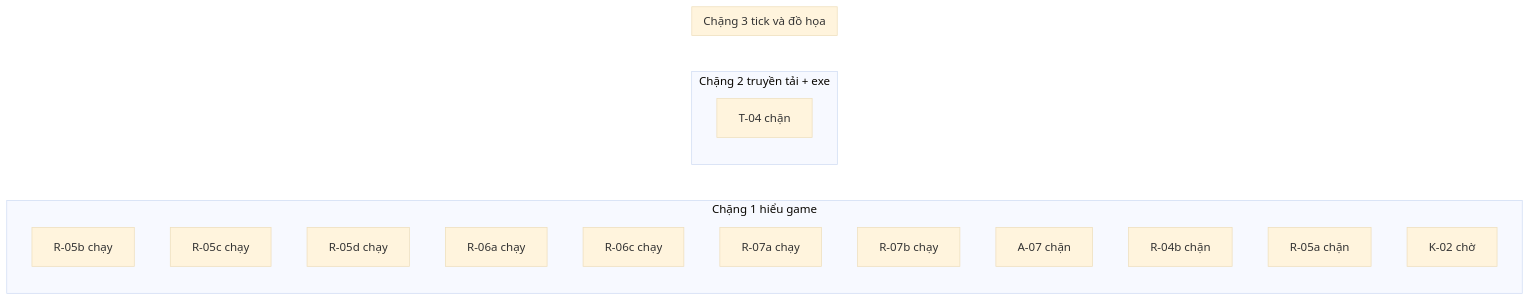
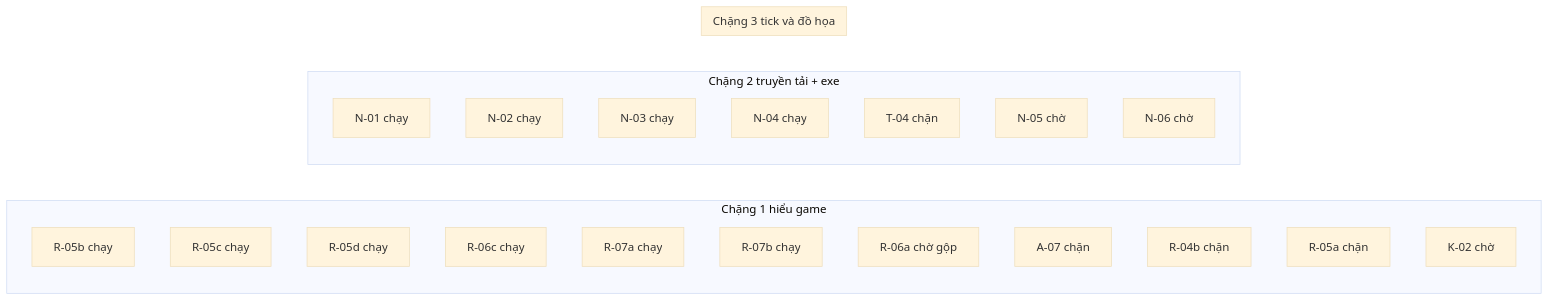
Before and after one commit to ndtangoss-dev/jx1-reports: the diagram in JX1_OPS/STATE/TIEN-DO.md, drawn with Mermaid (base theme). The commit also changed other lines of this file and 3 other files, not shown here.

````diff
--- a/JX1_OPS/STATE/TIEN-DO.md
+++ b/JX1_OPS/STATE/TIEN-DO.md
@@ -9,21 +9,27 @@
 ```mermaid
 flowchart LR
   subgraph S1["Chặng 1 hiểu game"]
     R_05b["R-05b chạy"]
     R_05c["R-05c chạy"]
     R_05d["R-05d chạy"]
-    R_06a["R-06a chạy"]
     R_06c["R-06c chạy"]
     R_07a["R-07a chạy"]
     R_07b["R-07b chạy"]
+    R_06a["R-06a chờ gộp"]
     A_07["A-07 chặn"]
     R_04b["R-04b chặn"]
     R_05a["R-05a chặn"]
     K_02["K-02 chờ"]
   end
   subgraph S2["Chặng 2 truyền tải + exe"]
+    N_01["N-01 chạy"]
+    N_02["N-02 chạy"]
+    N_03["N-03 chạy"]
+    N_04["N-04 chạy"]
     T_04["T-04 chặn"]
+    N_05["N-05 chờ"]
+    N_06["N-06 chờ"]
   end
   subgraph S3["Chặng 3 tick và đồ họa"]
   end
 ```
````
